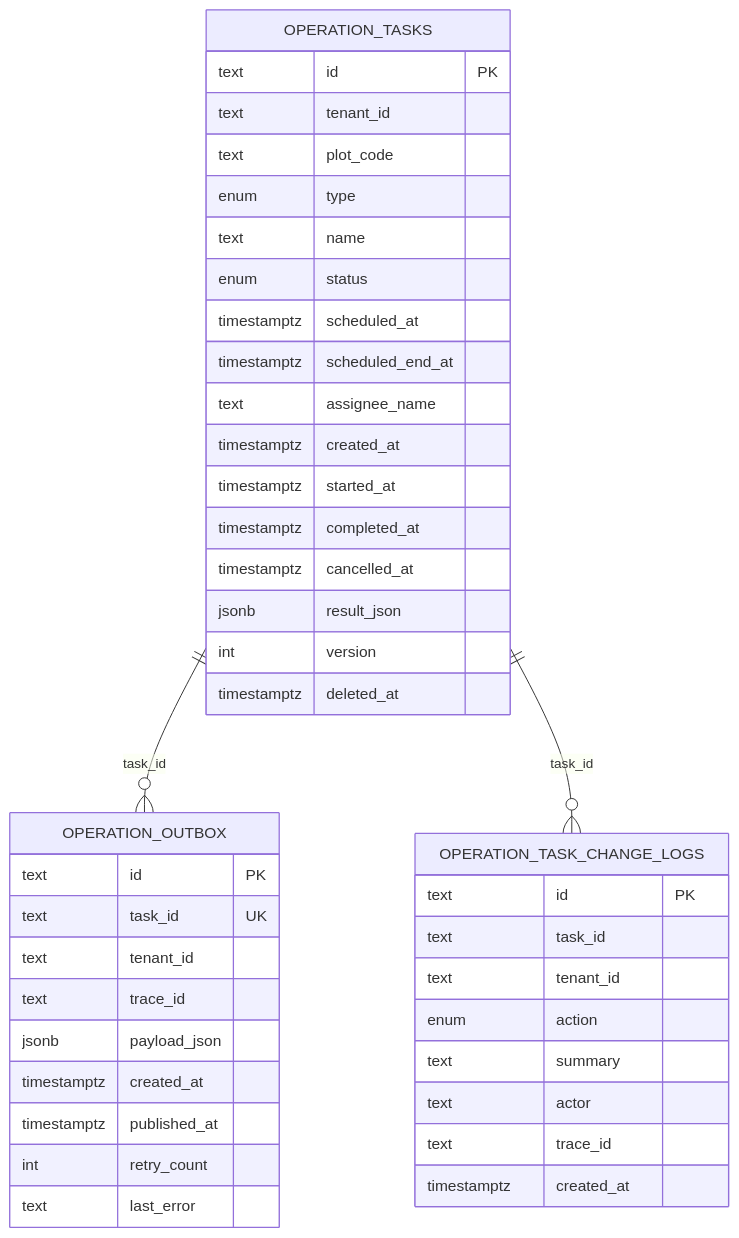
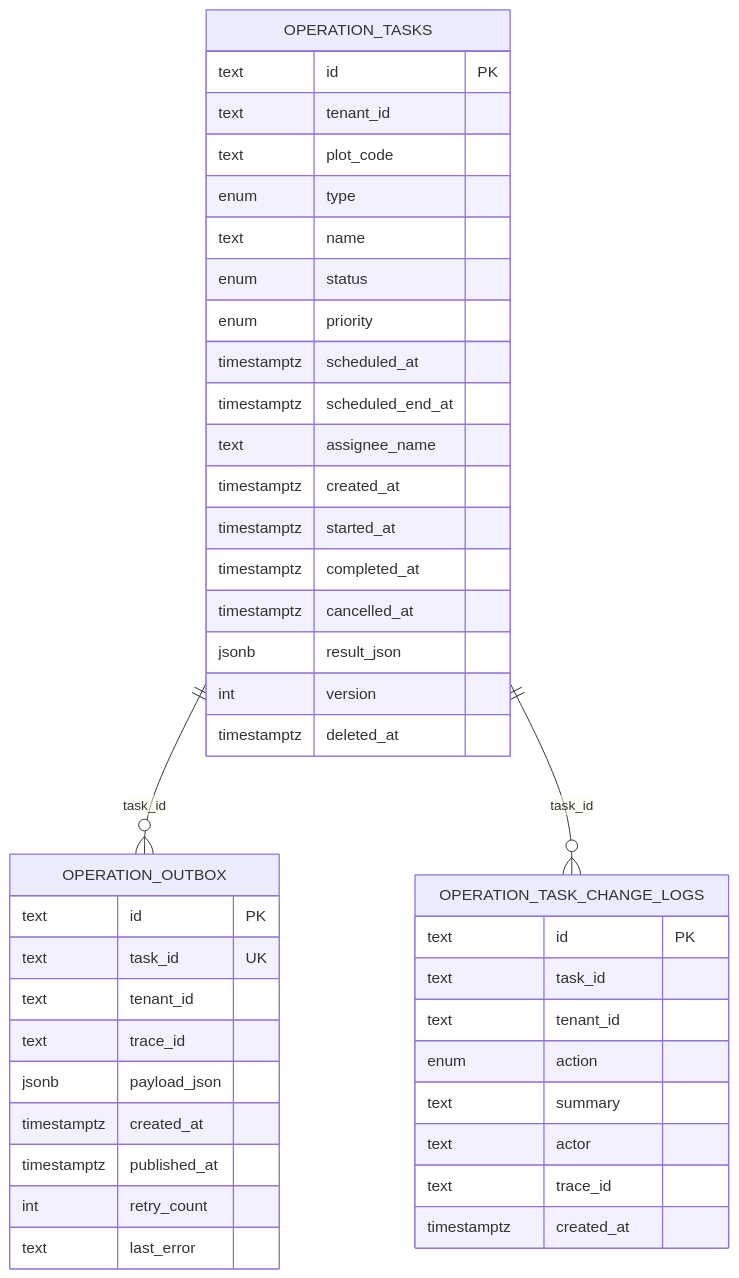
Before and after one commit to q446328246/agri-platform: diagram 11 of 11 in .qoder/repowiki/zh/content/核心服务文档/作业服务.md, drawn with Mermaid. The commit also changed other lines of this file and 6 other files, not shown here.

````diff
--- a/.qoder/repowiki/zh/content/核心服务文档/作业服务.md
+++ b/.qoder/repowiki/zh/content/核心服务文档/作业服务.md
@@ -546,44 +635,45 @@
 ```mermaid
 erDiagram
 OPERATION_TASKS {
 text id PK
 text tenant_id
 text plot_code
 enum type
 text name
 enum status
+enum priority
 timestamptz scheduled_at
 timestamptz scheduled_end_at
 text assignee_name
 timestamptz created_at
 timestamptz started_at
 timestamptz completed_at
 timestamptz cancelled_at
 jsonb result_json
 int version
 timestamptz deleted_at
 }
 OPERATION_OUTBOX {
 text id PK
 text task_id UK
 text tenant_id
 text trace_id
 jsonb payload_json
 timestamptz created_at
 timestamptz published_at
 int retry_count
 text last_error
 }
 OPERATION_TASK_CHANGE_LOGS {
 text id PK
 text task_id
 text tenant_id
 enum action
 text summary
 text actor
 text trace_id
 timestamptz created_at
 }
 OPERATION_TASKS ||--o{ OPERATION_OUTBOX : "task_id"
 OPERATION_TASKS ||--o{ OPERATION_TASK_CHANGE_LOGS : "task_id"
 ```
````
